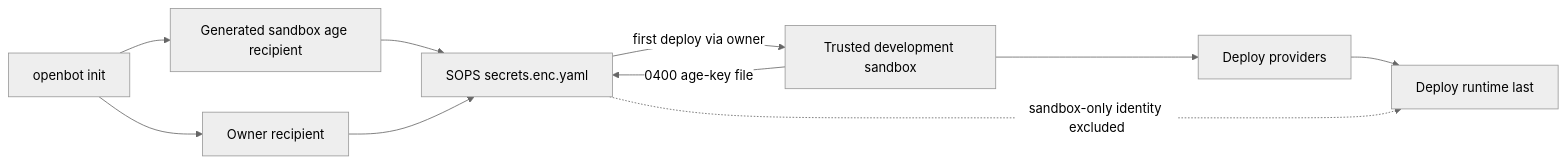
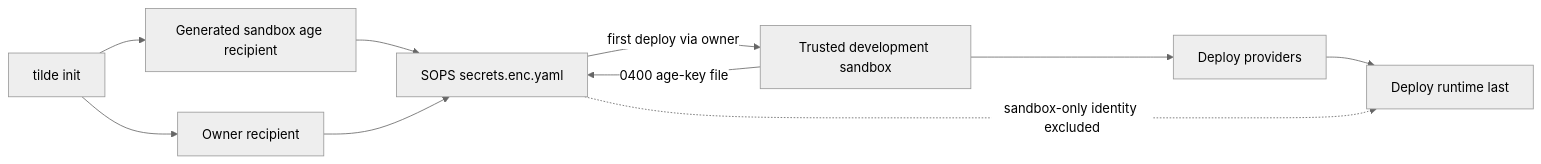
Before and after one commit to trytilde/dispatch: the diagram in docs/adrs/0007-sops-bootstrap-and-provider-init.md, drawn with Mermaid (neutral theme). The commit also changed other lines of this file and 668 other files, not shown here.

````diff
--- a/docs/adrs/0007-sops-bootstrap-and-provider-init.md
+++ b/docs/adrs/0007-sops-bootstrap-and-provider-init.md
@@ -41,12 +41,12 @@
 ```mermaid
 flowchart LR
-  I["openbot init"] --> A["Generated sandbox age recipient"]
+  I["tilde init"] --> A["Generated sandbox age recipient"]
   I --> O["Owner recipient"]
   A --> S["SOPS secrets.enc.yaml"]
   O --> S
   S -->|"first deploy via owner"| D["Trusted development sandbox"]
   D -->|"0400 age-key file"| S
   D --> P["Deploy providers"]
   P --> R["Deploy runtime last"]
   S -. "sandbox-only identity excluded" .-> R
 ```
````
